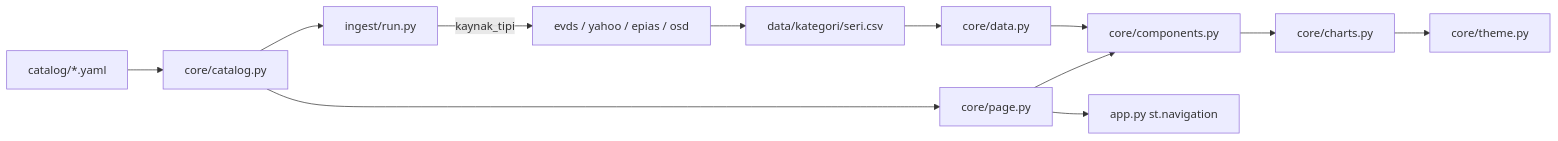
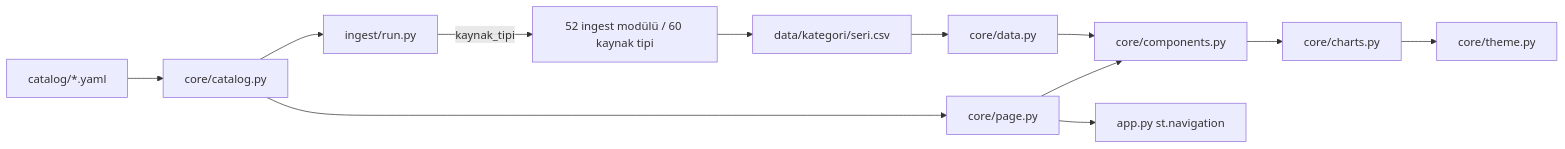
The diagram in AGENTS.md (kpostaagasi/BVmarketDashboard), drawn with Mermaid before and after one commit. The commit also changed other lines of this file and 616 other files, not shown here.

````diff
--- a/AGENTS.md
+++ b/AGENTS.md
@@ -23,12 +23,12 @@
 ```mermaid
 graph LR
   Y[catalog/*.yaml] --> C[core/catalog.py]
   C --> R[ingest/run.py]
-  R -->|kaynak_tipi| A[evds / yahoo / epias / osd]
+  R -->|kaynak_tipi| A[52 ingest modülü / 60 kaynak tipi]
   A --> D[data/kategori/seri.csv]
   D --> DL[core/data.py]
   C --> P[core/page.py]
   DL --> CM[core/components.py]
   P --> CM --> CH[core/charts.py] --> TH[core/theme.py]
   P --> APP[app.py st.navigation]
 ```
````
